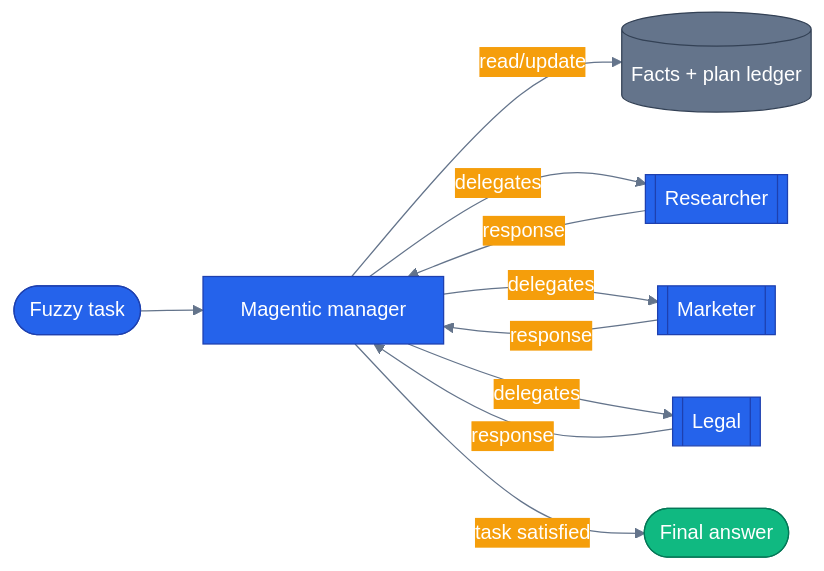
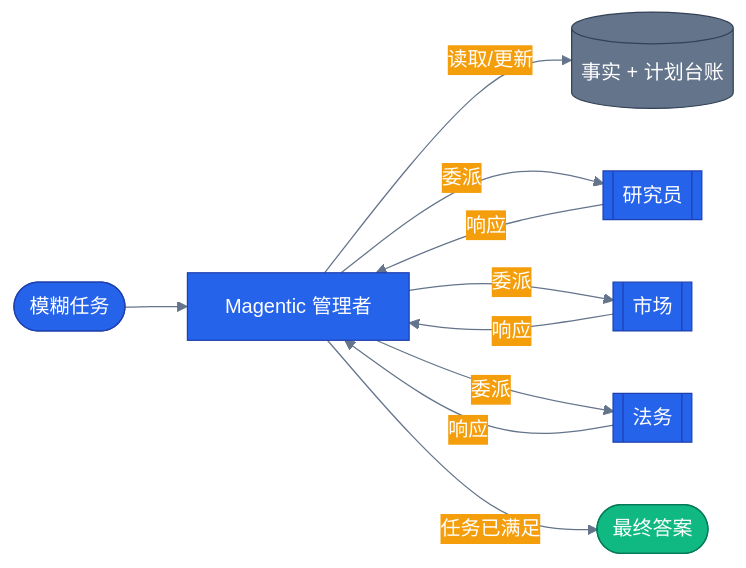
One commit to s1encisi/reliable-commerce-agents changed the diagram in tutorials/16-magentic-orchestration/README.md. Above: the diagram before and after it, drawn with Mermaid. The commit also changed other lines of this file and 1033 other files, not shown here.

````diff
--- a/tutorials/16-magentic-orchestration/README.md
+++ b/tutorials/16-magentic-orchestration/README.md
@@ -45,39 +38,39 @@
 ```mermaid
 %%{init: {'theme':'base', 'themeVariables': {
   'primaryColor': '#2563eb',
   'primaryTextColor': '#ffffff',
   'primaryBorderColor': '#1e40af',
   'lineColor': '#64748b',
   'secondaryColor': '#f59e0b',
   'tertiaryColor': '#10b981',
   'background': 'transparent'
 }}}%%
 flowchart LR
   classDef core     fill:#2563eb,stroke:#1e40af,color:#ffffff
   classDef external fill:#f59e0b,stroke:#b45309,color:#000000
   classDef success  fill:#10b981,stroke:#047857,color:#ffffff
   classDef infra    fill:#64748b,stroke:#334155,color:#ffffff
 
-  task([Fuzzy task])
-  manager[Magentic manager]
-  ledger[(Facts + plan ledger)]
-  researcher[[Researcher]]
-  marketer[[Marketer]]
-  legal[[Legal]]
-  answer([Final answer])
+  task([模糊任务])
+  manager[Magentic 管理者]
+  ledger[(事实 + 计划台账)]
+  researcher[[研究员]]
+  marketer[[市场]]
+  legal[[法务]]
+  answer([最终答案])
 
   task --> manager
-  manager -- "read/update" --> ledger
-  manager -- "delegates" --> researcher
-  manager -- "delegates" --> marketer
-  manager -- "delegates" --> legal
-  researcher -- "response" --> manager
-  marketer -- "response" --> manager
-  legal -- "response" --> manager
-  manager -- "task satisfied" --> answer
+  manager -- "读取/更新" --> ledger
+  manager -- "委派" --> researcher
+  manager -- "委派" --> marketer
+  manager -- "委派" --> legal
+  researcher -- "响应" --> manager
+  marketer -- "响应" --> manager
+  legal -- "响应" --> manager
+  manager -- "任务已满足" --> answer
 
   class manager core
   class ledger infra
   class researcher,marketer,legal core
   class answer success
 ```
````
